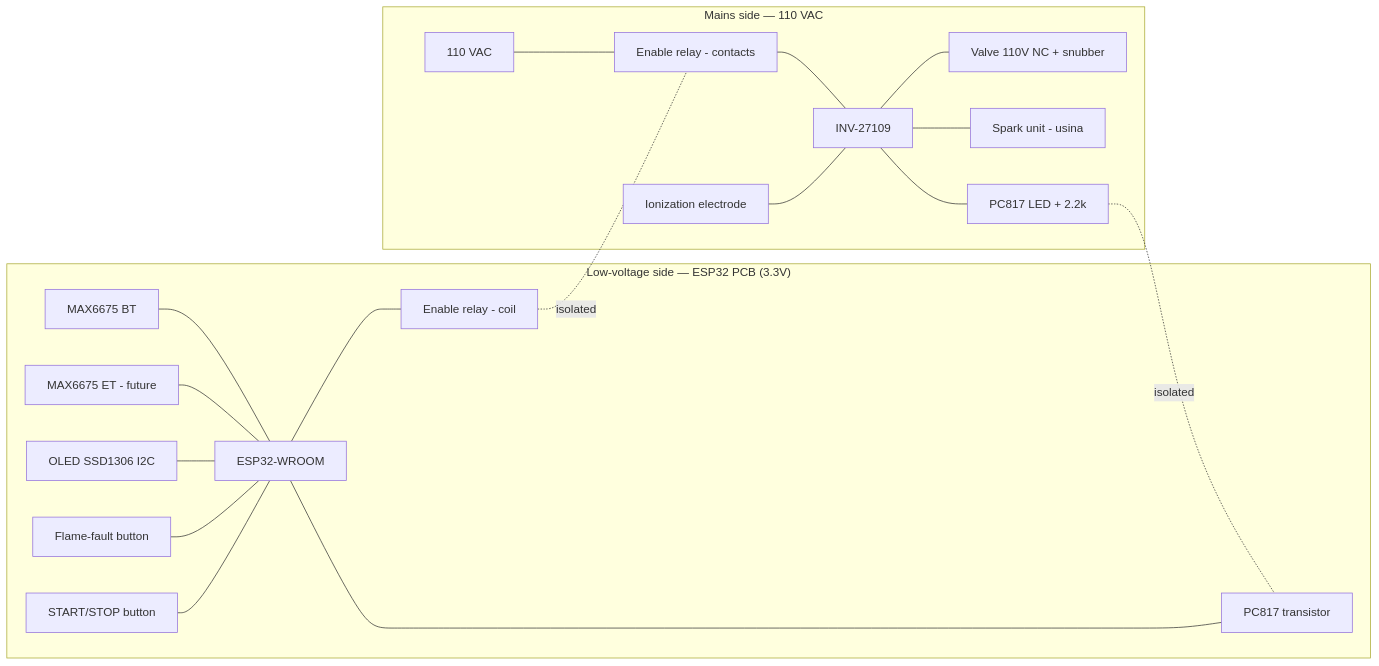
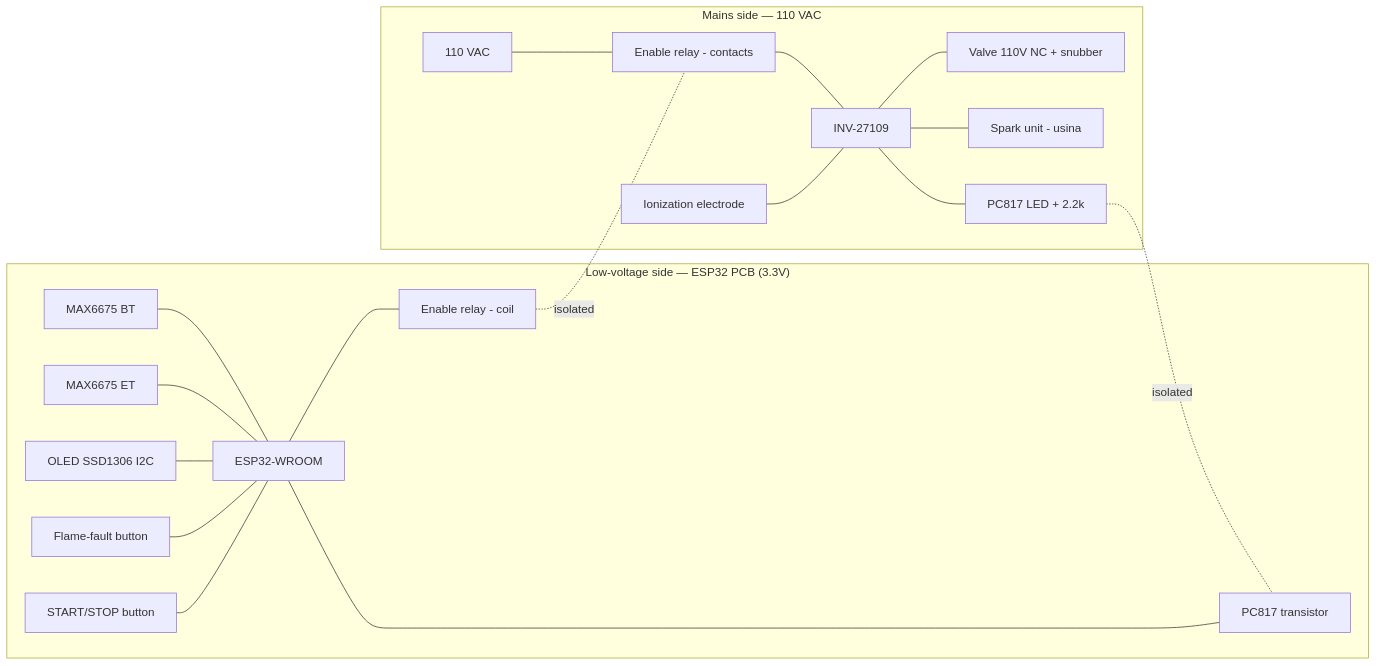
The diagram in docs/hardware/wiring.md (andre-luiz-pires-silva/torrador), drawn with Mermaid before and after one commit. The commit also changed other lines of this file and 8 other files, not shown here.

````diff
--- a/docs/hardware/wiring.md
+++ b/docs/hardware/wiring.md
@@ -18,36 +18,36 @@
 ```mermaid
 flowchart LR
   subgraph LV["Low-voltage side — ESP32 PCB (3.3V)"]
     ESP[ESP32-WROOM]
     BT[MAX6675 BT]
-    ETS[MAX6675 ET - future]
+    ETS[MAX6675 ET]
     OLED[OLED SSD1306 I2C]
     BTN[Flame-fault button]
     BTN2[START/STOP button]
     OPTOc[PC817 transistor]
     RLYc[Enable relay - coil]
   end
   subgraph HV["Mains side — 110 VAC"]
     AC[110 VAC]
     RLYk[Enable relay - contacts]
     INV[INV-27109]
     VALVE[Valve 110V NC + snubber]
     USINA[Spark unit - usina]
     ELEC[Ionization electrode]
     OPTOl[PC817 LED + 2.2k]
   end
   BT --- ESP
   ETS --- ESP
   OLED --- ESP
   BTN --- ESP
   BTN2 --- ESP
   OPTOc --- ESP
   ESP --- RLYc
   RLYc -. isolated .- RLYk
   AC --- RLYk --- INV
   INV --- VALVE
   INV --- USINA
   ELEC --- INV
   INV --- OPTOl
   OPTOl -. isolated .- OPTOc
 ```
````
